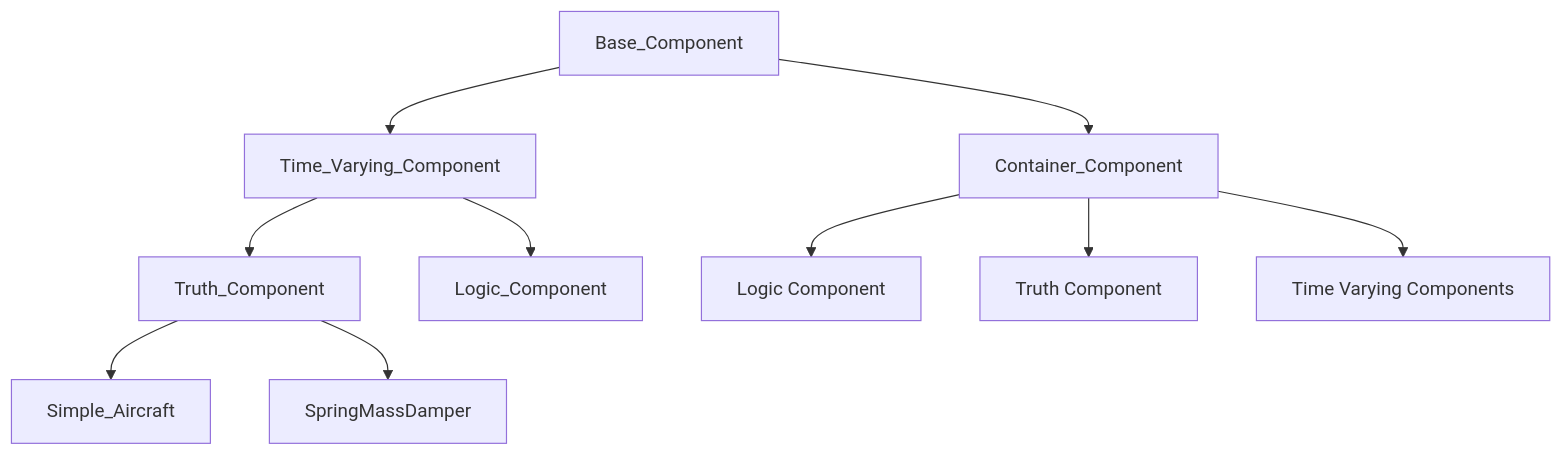
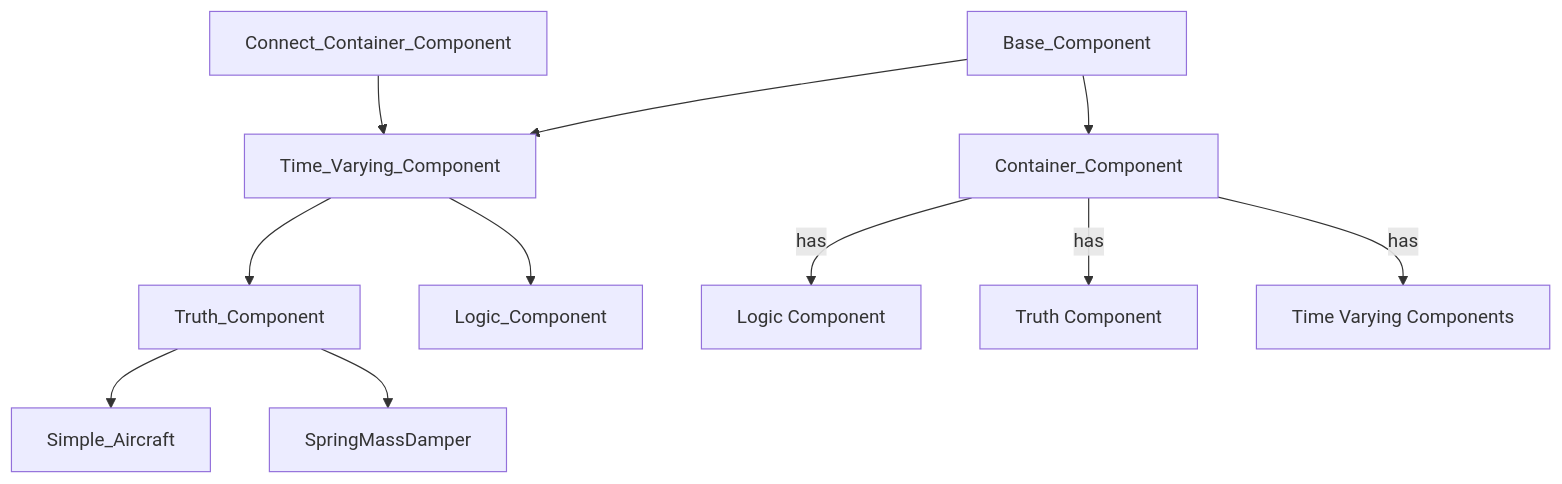
Before and after one commit to jsr2022/project_ad_caelos: the first of 3 diagrams in adcaelos/documentation/adcaelos_simulation_framework.md, drawn with Mermaid. The commit also changed other lines of this file, not shown here.

````diff
--- a/adcaelos/documentation/adcaelos_simulation_framework.md
+++ b/adcaelos/documentation/adcaelos_simulation_framework.md
@@ -52,12 +58,13 @@
 ```mermaid
 graph TD
     Base_Component --> Time_Varying_Component
     Base_Component --> Container_Component
     Time_Varying_Component --> Truth_Component
     Time_Varying_Component --> Logic_Component
     Truth_Component --> Simple_Aircraft
     Truth_Component --> SpringMassDamper
-    Container_Component --> LC[Logic Component]
-    Container_Component --> TC[Truth Component]
-    Container_Component --> TVC[Time Varying Components]
+    Connect_Container_Component --> Time_Varying_Component
+    Container_Component -->|has| LC[Logic Component]
+    Container_Component -->|has| TC[Truth Component]
+    Container_Component -->|has| TVC[Time Varying Components]
 ```
````
